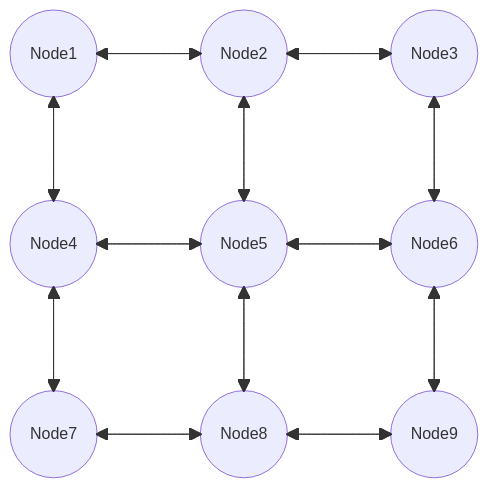
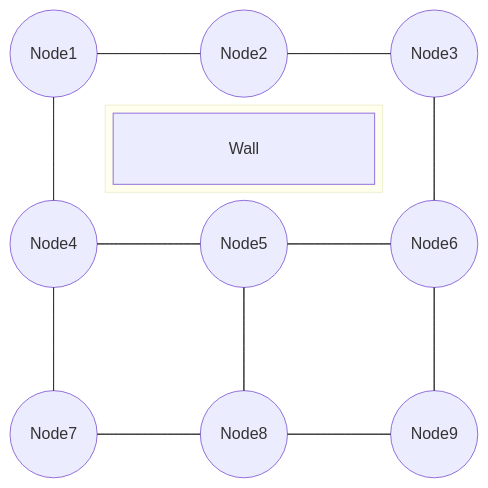
Before and after one commit to SergioOyaga/OnlineGamesExamples: the first of 2 diagrams in src/main/java/org/soyaga/examples/Zip/README.md, drawn with Mermaid.

Commit message:
README typo

`````diff
--- a/src/main/java/org/soyaga/examples/Zip/README.md
+++ b/src/main/java/org/soyaga/examples/Zip/README.md
@@ -139,47 +139,45 @@
 ````mermaid
 block-beta
     columns 5
 
     Node1(("&emsp;Node1&emsp;")) space Node2(("&emsp;Node2&emsp;")) space Node3(("&emsp;Node3&emsp;"))
-    space space space space space
+    space block:ID:3 Wall ["Wall"]end   space
     Node4(("&emsp;Node4&emsp;")) space Node5(("&emsp;Node5&emsp;")) space Node6(("&emsp;Node6&emsp;"))
-    space space space space space
+    space:5
     Node7(("&emsp;Node7&emsp;")) space Node8(("&emsp;Node8&emsp;")) space Node9(("&emsp;Node9&emsp;"))
 
-    Node1 <---> Node2
-    Node2 <---> Node1
+    Node1 --- Node2
+    Node2 --- Node1
     
-    Node1 <---> Node4
-    Node4 <---> Node1
+    Node1 --- Node4
+    Node4 --- Node1
     
-    Node2 <---> Node3
-    Node3 <---> Node2
+    Node2 --- Node3
+    Node3 --- Node2
     
-    Node2 <---> Node5
-    Node5 <---> Node2
     
-    Node3 <---> Node6
-    Node6 <---> Node3
+    Node3 --- Node6
+    Node6 --- Node3
     
-    Node4 <---> Node5
-    Node5 <---> Node4
+    Node4 --- Node5
+    Node5 --- Node4
     
-    Node4 <---> Node7
-    Node7 <---> Node4
+    Node4 --- Node7
+    Node7 --- Node4
     
-    Node5 <---> Node6
-    Node6 <---> Node5
+    Node5 --- Node6
+    Node6 --- Node5
     
-    Node5 <---> Node8
-    Node8 <---> Node5
+    Node5 --- Node8
+    Node8 --- Node5
     
-    Node6 <---> Node9
-    Node9 <---> Node6
+    Node6 --- Node9
+    Node9 --- Node6
     
-    Node7 <---> Node8
-    Node8 <---> Node7
+    Node7 --- Node8
+    Node8 --- Node7
     
-    Node8 <---> Node9
-    Node9 <---> Node8
+    Node8 --- Node9
+    Node9 --- Node8
     
 ````
`````
